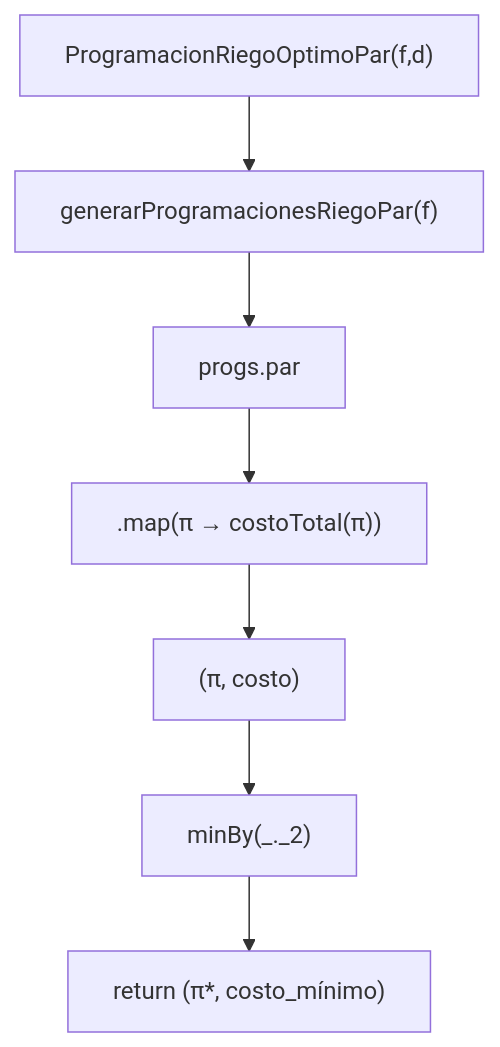
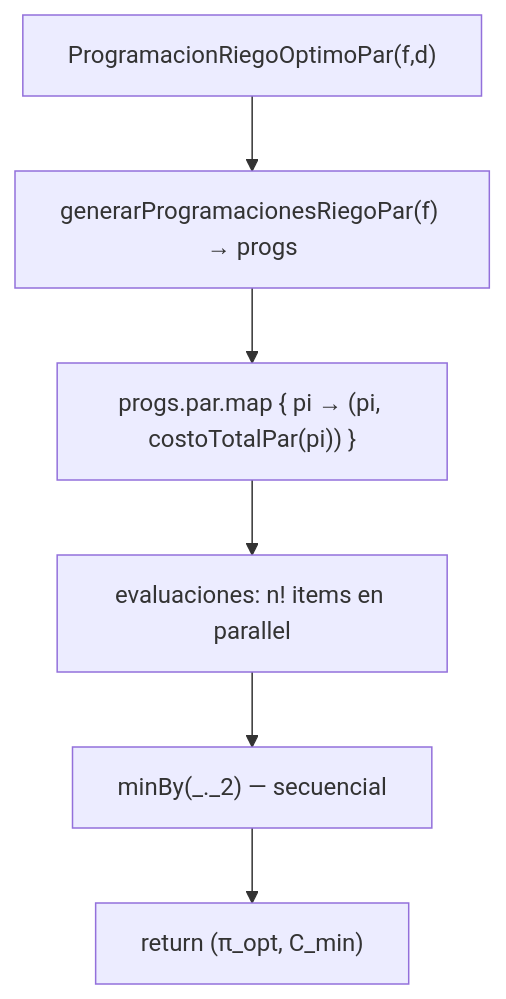
One commit to 2025-II-PFC-FLP/proyecto-final-pfc-2025-ii-coronamos changed the fourth of 4 diagrams in docs/PDF.md. Above: the diagram before and after it, drawn with Mermaid. The commit also changed other lines of this file and 1 other file, not shown here.

````diff
--- a/docs/PDF.md
+++ b/docs/PDF.md
@@ -139,10 +120,9 @@
 ```mermaid
 flowchart TD
     A["ProgramacionRiegoOptimoPar(f,d)"]
---> B["generarProgramacionesRiegoPar(f)"]
---> C["progs.par"]
---> D[".map(π → costoTotal(π))"]
---> E["(π, costo)"]
---> F["minBy(_._2)"]
---> G["return (π*, costo_mínimo)"]
+    A --> B["generarProgramacionesRiegoPar(f) → progs"]
+    B --> C["progs.par.map { pi → (pi, costoTotalPar(pi)) }"]
+    C --> D["evaluaciones: n! items en parallel"]
+    D --> E["minBy(_._2) — secuencial"]
+    E --> F["return (π_opt, C_min)"]
 ```
````
